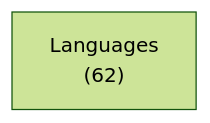
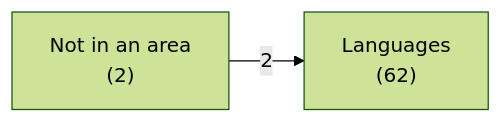
One commit to ruudkoot/rune changed the first of 3 diagrams in docs/lib/language/haskell/depends.md. Above: the diagram before and after it, drawn with Mermaid (forest theme). The commit also changed other lines of this file and 34 other files, not shown here.

````diff
--- a/docs/lib/language/haskell/depends.md
+++ b/docs/lib/language/haskell/depends.md
@@ -24,4 +24,6 @@
 ```mermaid
 flowchart LR
   a0["Languages<br>(62)"]
+  a1["Not in an area<br>(2)"]
+  a1 -- 2 --> a0
 ```
````
